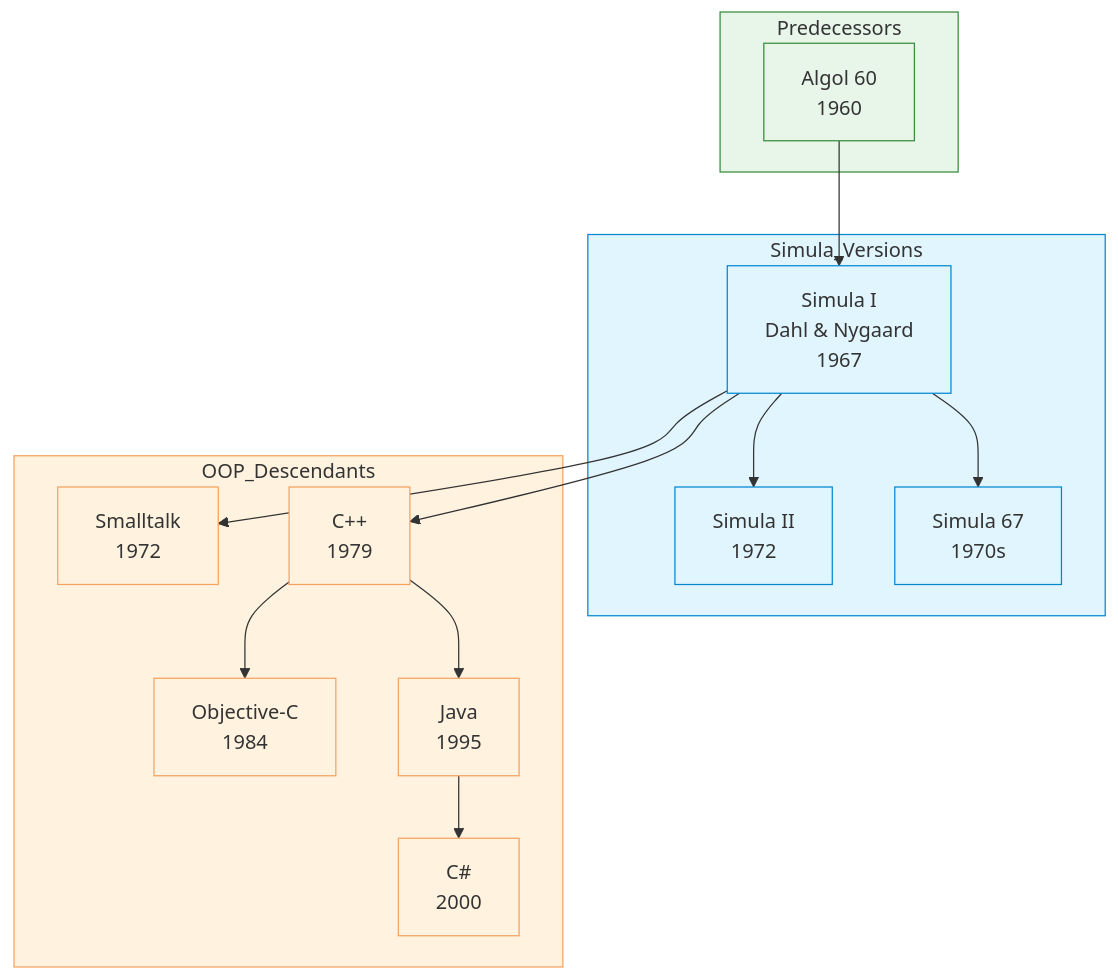
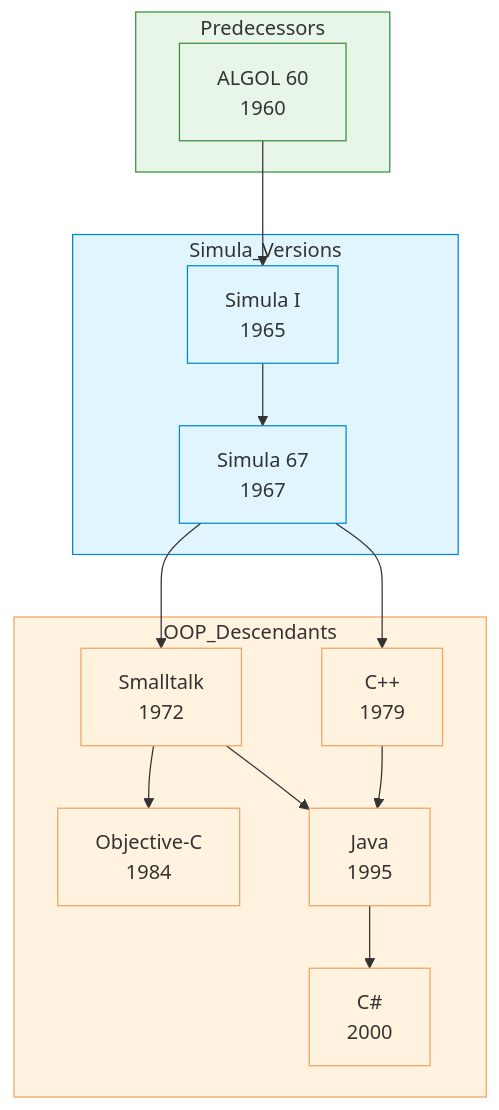
The diagram in docs/languages/simula/index.md (akardapolov/software-atlas), drawn with Mermaid before and after one commit. The commit also changed other lines of this file and 5 other files, not shown here.

Commit message:
fix: update OOP history timeline data

````diff
--- a/docs/languages/simula/index.md
+++ b/docs/languages/simula/index.md
@@ -58,42 +59,40 @@
 ```mermaid
 flowchart TD
     subgraph Predecessors
-        Algol["Algol 60<br/>1960"]
+        Algol["ALGOL 60<br/>1960"]
     end
 
     subgraph Simula_Versions
-        SimulaI["Simula I<br/>Dahl & Nygaard<br/>1967"]
-        SimulaII["Simula II<br/>1972"]
-        Simula67["Simula 67<br/>1970s"]
+        SimulaI["Simula I<br/>1965"]
+        Simula67["Simula 67<br/>1967"]
     end
 
     subgraph OOP_Descendants
         Smalltalk["Smalltalk<br/>1972"]
         Cpp["C++<br/>1979"]
         ObjectiveC["Objective-C<br/>1984"]
         Java["Java<br/>1995"]
         Csharp["C#<br/>2000"]
     end
 
     Algol --> SimulaI
-    SimulaI --> SimulaII
     SimulaI --> Simula67
-    SimulaI --> Smalltalk
-    SimulaI --> Cpp
-    Cpp --> ObjectiveC
+    Simula67 --> Smalltalk
+    Simula67 --> Cpp
+    Smalltalk --> ObjectiveC
     Cpp --> Java
+    Smalltalk --> Java
     Java --> Csharp
 
     style Predecessors fill:#e8f5e9,stroke:#388e3c
     style Simula_Versions fill:#e1f5fe,stroke:#0288d1
     style OOP_Descendants fill:#fff3e0,stroke:#f4a261
     style Algol fill:#e8f5e9,stroke:#388e3c
     style SimulaI fill:#e1f5fe,stroke:#0288d1
-    style SimulaII fill:#e1f5fe,stroke:#0288d1
     style Simula67 fill:#e1f5fe,stroke:#0288d1
     style Smalltalk fill:#fff3e0,stroke:#f4a261
     style Cpp fill:#fff3e0,stroke:#f4a261
     style ObjectiveC fill:#fff3e0,stroke:#f4a261
     style Java fill:#fff3e0,stroke:#f4a261
     style Csharp fill:#fff3e0,stroke:#f4a261
 ```
````
